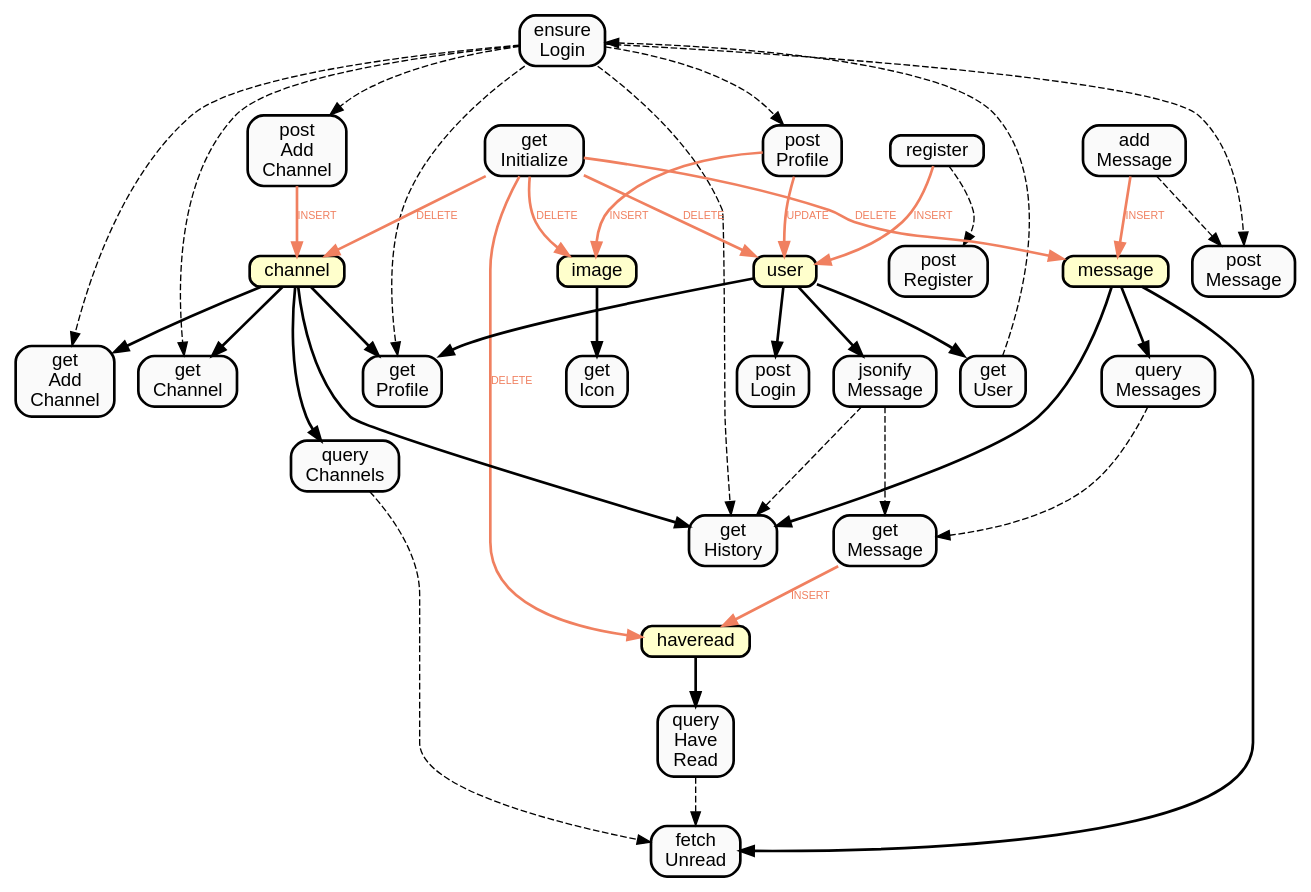
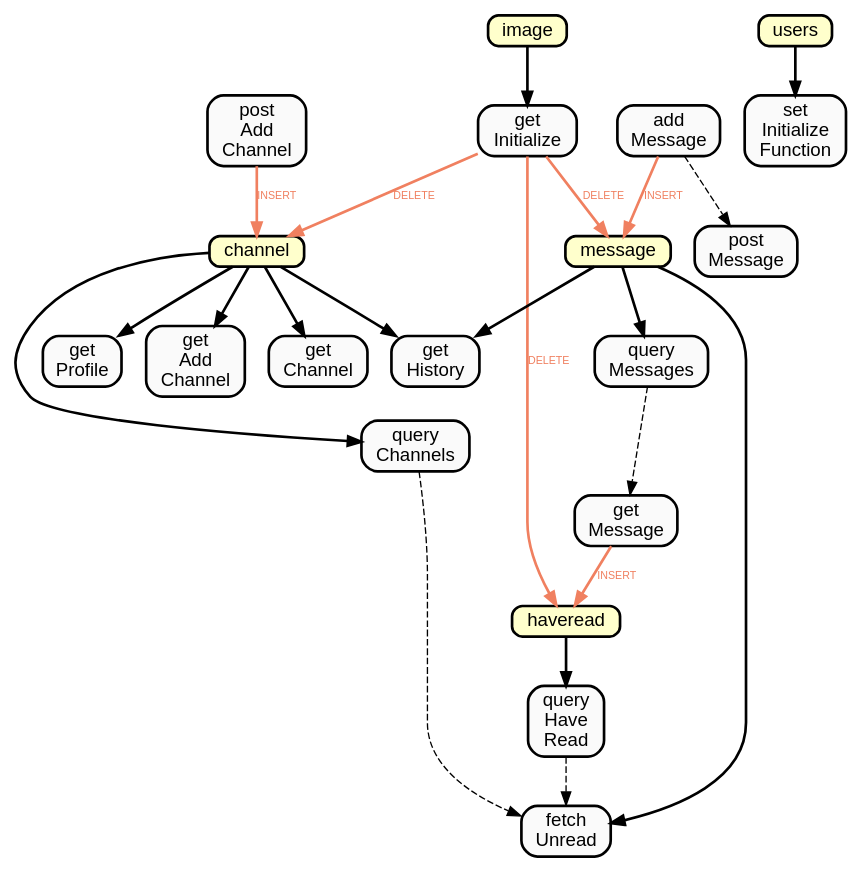
One commit to Muratam/isucon7q2019 changed the diagram in utils/sqlmap.dot. Above: the diagram before and after it, drawn with Graphviz. The commit also changed 8 other files, not shown here.

```diff
--- a/utils/sqlmap.dot
+++ b/utils/sqlmap.dot
@@ -1,189 +1,109 @@
 
     digraph  {
       layout = "dot";
       // overlap = false;
       // splines = true;
       node[
         // landscape = true,
         width = 0.2,
         height = 0.2,
         fontname = "Helvetica",
         style = "filled",
         fillcolor = "#fafafa",
         shape = box,
         style = "filled, bold, rounded"
       ];
       edge[
         len = 0.1,
         fontsize = "8",
         fontname = "Helvetica",
         style = "dashed",
     ];
       queryChannels -> fetchUnread; 
 fetchUnread[label="fetch
 Unread"];
 queryChannels[label="query
 Channels"];
 queryHaveRead -> fetchUnread; 
 fetchUnread[label="fetch
 Unread"];
 queryHaveRead[label="query
 Have
 Read"];
-ensureLogin -> getHistory; 
-getHistory[label="get
-History"];
-ensureLogin[label="ensure
-Login"];
-jsonifyMessage -> getHistory; 
-getHistory[label="get
-History"];
-jsonifyMessage[label="jsonify
-Message"];
-ensureLogin -> getProfile; 
-getProfile[label="get
-Profile"];
-ensureLogin[label="ensure
-Login"];
-ensureLogin -> getAddChannel; 
-getAddChannel[label="get
-Add
-Channel"];
-ensureLogin[label="ensure
-Login"];
-ensureLogin -> getChannel; 
-getChannel[label="get
-Channel"];
-ensureLogin[label="ensure
-Login"];
-getUser -> ensureLogin; 
-ensureLogin[label="ensure
-Login"];
-getUser[label="get
-User"];
 queryMessages -> getMessage; 
 getMessage[label="get
 Message"];
 queryMessages[label="query
 Messages"];
-jsonifyMessage -> getMessage; 
-getMessage[label="get
-Message"];
-jsonifyMessage[label="jsonify
-Message"];
-ensureLogin -> postAddChannel; 
-postAddChannel[label="post
-Add
-Channel"];
-ensureLogin[label="ensure
-Login"];
-ensureLogin -> postProfile; 
-postProfile[label="post
-Profile"];
-ensureLogin[label="ensure
-Login"];
-ensureLogin -> postMessage; 
-postMessage[label="post
-Message"];
-ensureLogin[label="ensure
-Login"];
 addMessage -> postMessage; 
 postMessage[label="post
 Message"];
 addMessage[label="add
 Message"];
-register -> postRegister; 
-postRegister[label="post
-Register"];
-register[label="register"];
 
-      getInitialize -> user[style="bold",label="DELETE",color="#f08060",fontcolor="#f08060"];
-user[label="user",shape=box, style="filled, bold, rounded", fillcolor="#ffffcc"];
-getInitialize -> image[style="bold",label="DELETE",color="#f08060",fontcolor="#f08060"];
-image[label="image",shape=box, style="filled, bold, rounded", fillcolor="#ffffcc"];
+      users -> setInitializeFunction[style="bold"];
+users[label="users",shape=box, style="filled, bold, rounded", fillcolor="#ffffcc"];
+setInitializeFunction[label="set
+Initialize
+Function"];
 getInitialize -> channel[style="bold",label="DELETE",color="#f08060",fontcolor="#f08060"];
 channel[label="channel",shape=box, style="filled, bold, rounded", fillcolor="#ffffcc"];
 getInitialize -> message[style="bold",label="DELETE",color="#f08060",fontcolor="#f08060"];
 message[label="message",shape=box, style="filled, bold, rounded", fillcolor="#ffffcc"];
 getInitialize -> haveread[style="bold",label="DELETE",color="#f08060",fontcolor="#f08060"];
 haveread[label="haveread",shape=box, style="filled, bold, rounded", fillcolor="#ffffcc"];
+image -> getInitialize[style="bold"];
+image[label="image",shape=box, style="filled, bold, rounded", fillcolor="#ffffcc"];
 getInitialize[label="get
 Initialize"];
-image -> getIcon[style="bold"];
-image[label="image",shape=box, style="filled, bold, rounded", fillcolor="#ffffcc"];
-getIcon[label="get
-Icon"];
 message -> fetchUnread[style="bold"];
 message[label="message",shape=box, style="filled, bold, rounded", fillcolor="#ffffcc"];
 fetchUnread[label="fetch
 Unread"];
 message -> getHistory[style="bold"];
 message[label="message",shape=box, style="filled, bold, rounded", fillcolor="#ffffcc"];
 channel -> getHistory[style="bold"];
 channel[label="channel",shape=box, style="filled, bold, rounded", fillcolor="#ffffcc"];
 getHistory[label="get
 History"];
 channel -> getProfile[style="bold"];
 channel[label="channel",shape=box, style="filled, bold, rounded", fillcolor="#ffffcc"];
-user -> getProfile[style="bold"];
-user[label="user",shape=box, style="filled, bold, rounded", fillcolor="#ffffcc"];
 getProfile[label="get
 Profile"];
 channel -> getAddChannel[style="bold"];
 channel[label="channel",shape=box, style="filled, bold, rounded", fillcolor="#ffffcc"];
 getAddChannel[label="get
 Add
 Channel"];
 channel -> getChannel[style="bold"];
 channel[label="channel",shape=box, style="filled, bold, rounded", fillcolor="#ffffcc"];
 getChannel[label="get
 Channel"];
-user -> getUser[style="bold"];
-user[label="user",shape=box, style="filled, bold, rounded", fillcolor="#ffffcc"];
-getUser[label="get
-User"];
 message -> queryMessages[style="bold"];
 message[label="message",shape=box, style="filled, bold, rounded", fillcolor="#ffffcc"];
 queryMessages[label="query
 Messages"];
-register -> user[style="bold",label="INSERT",color="#f08060",fontcolor="#f08060"];
-user[label="user",shape=box, style="filled, bold, rounded", fillcolor="#ffffcc"];
-register[label="register"];
-user -> jsonifyMessage[style="bold"];
-user[label="user",shape=box, style="filled, bold, rounded", fillcolor="#ffffcc"];
-jsonifyMessage[label="jsonify
-Message"];
 getMessage -> haveread[style="bold",label="INSERT",color="#f08060",fontcolor="#f08060"];
 haveread[label="haveread",shape=box, style="filled, bold, rounded", fillcolor="#ffffcc"];
 getMessage[label="get
 Message"];
 channel -> queryChannels[style="bold"];
 channel[label="channel",shape=box, style="filled, bold, rounded", fillcolor="#ffffcc"];
 queryChannels[label="query
 Channels"];
 haveread -> queryHaveRead[style="bold"];
 haveread[label="haveread",shape=box, style="filled, bold, rounded", fillcolor="#ffffcc"];
 queryHaveRead[label="query
 Have
 Read"];
 addMessage -> message[style="bold",label="INSERT",color="#f08060",fontcolor="#f08060"];
 message[label="message",shape=box, style="filled, bold, rounded", fillcolor="#ffffcc"];
 addMessage[label="add
 Message"];
 postAddChannel -> channel[style="bold",label="INSERT",color="#f08060",fontcolor="#f08060"];
 channel[label="channel",shape=box, style="filled, bold, rounded", fillcolor="#ffffcc"];
 postAddChannel[label="post
 Add
 Channel"];
-postProfile -> image[style="bold",label="INSERT",color="#f08060",fontcolor="#f08060"];
-image[label="image",shape=box, style="filled, bold, rounded", fillcolor="#ffffcc"];
-postProfile -> user[style="bold",label="UPDATE",color="#f08060",fontcolor="#f08060"];
-user[label="user",shape=box, style="filled, bold, rounded", fillcolor="#ffffcc"];
-postProfile[label="post
-Profile"];
-user -> postLogin[style="bold"];
-user[label="user",shape=box, style="filled, bold, rounded", fillcolor="#ffffcc"];
-postLogin[label="post
-Login"];
 
     }
```
